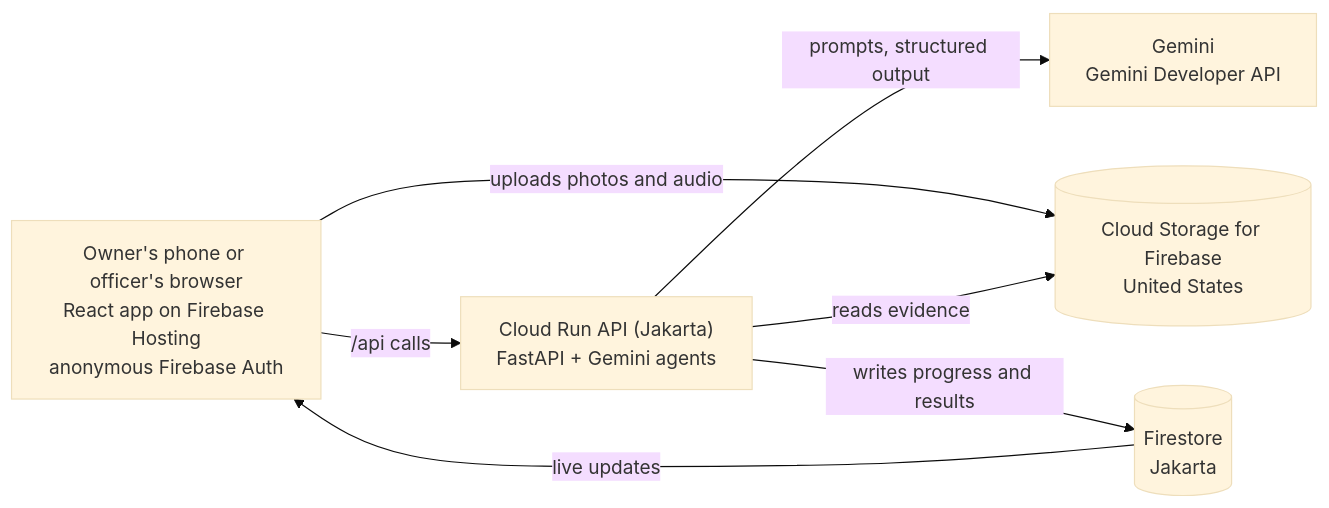
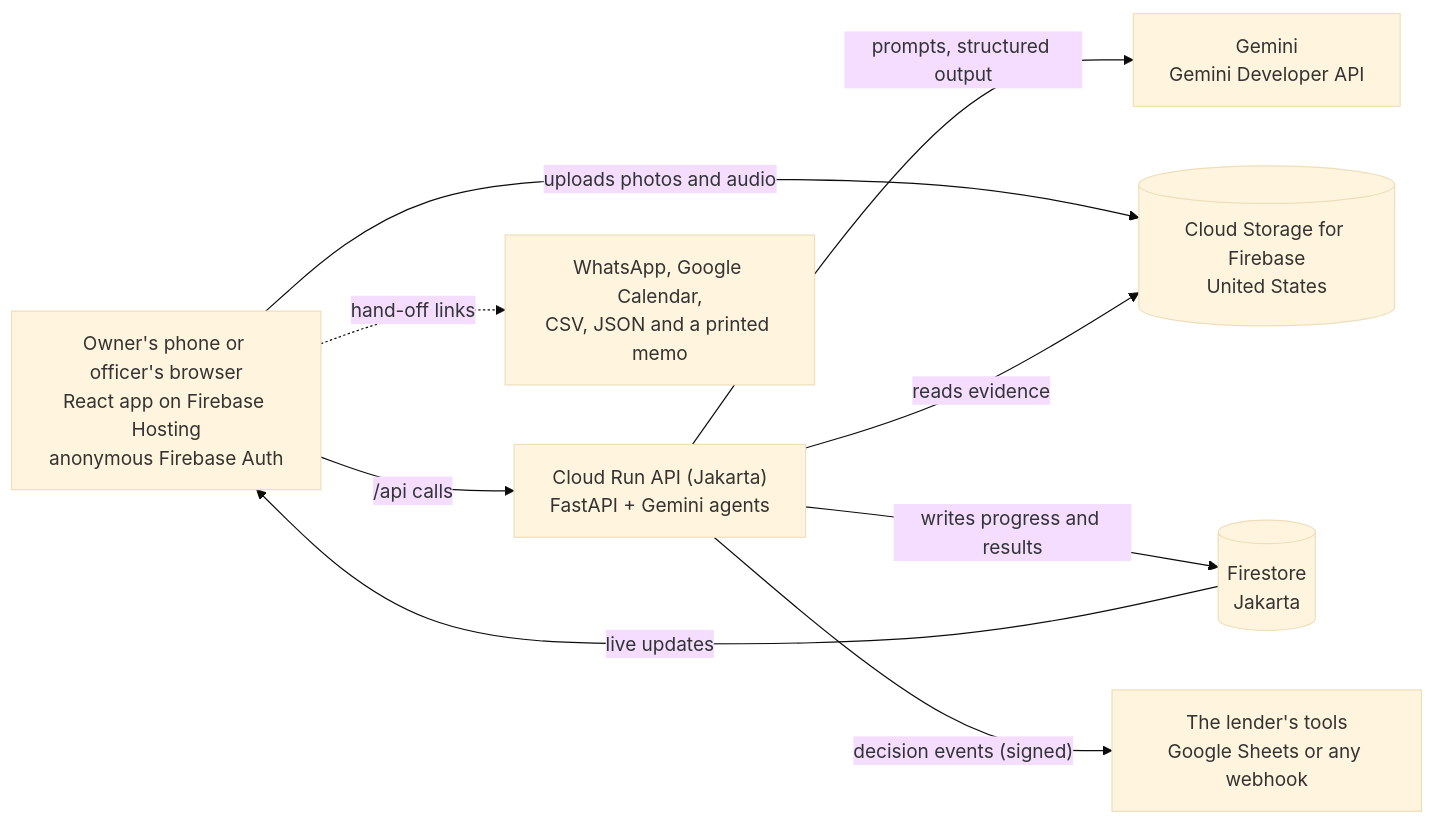
The first of 3 diagrams in README.md (aeoncyr/ledgerlens), drawn with Mermaid (base theme) before and after one commit. The commit also changed other lines of this file and 14 other files, not shown here.

Commit message:
docs: refresh the README screenshots, diagram and safeguards for the current product (#21)

````diff
--- a/README.md
+++ b/README.md
@@ -199,9 +199,11 @@
 ```mermaid
 flowchart LR
     B["Owner's phone or officer's browser<br/>React app on Firebase Hosting<br/>anonymous Firebase Auth"] -- "/api calls" --> R["Cloud Run API (Jakarta)<br/>FastAPI + Gemini agents"]
     R -- "prompts, structured output" --> G["Gemini<br/>Gemini Developer API"]
     B -- "uploads photos and audio" --> S[("Cloud Storage for Firebase<br/>United States")]
     R -- "reads evidence" --> S
     R -- "writes progress and results" --> F[("Firestore<br/>Jakarta")]
     F -- "live updates" --> B
+    R -- "decision events (signed)" --> X["The lender's tools<br/>Google Sheets or any webhook"]
+    B -. hand-off links .-> W["WhatsApp, Google Calendar,<br/>CSV, JSON and a printed memo"]
 ```
````
